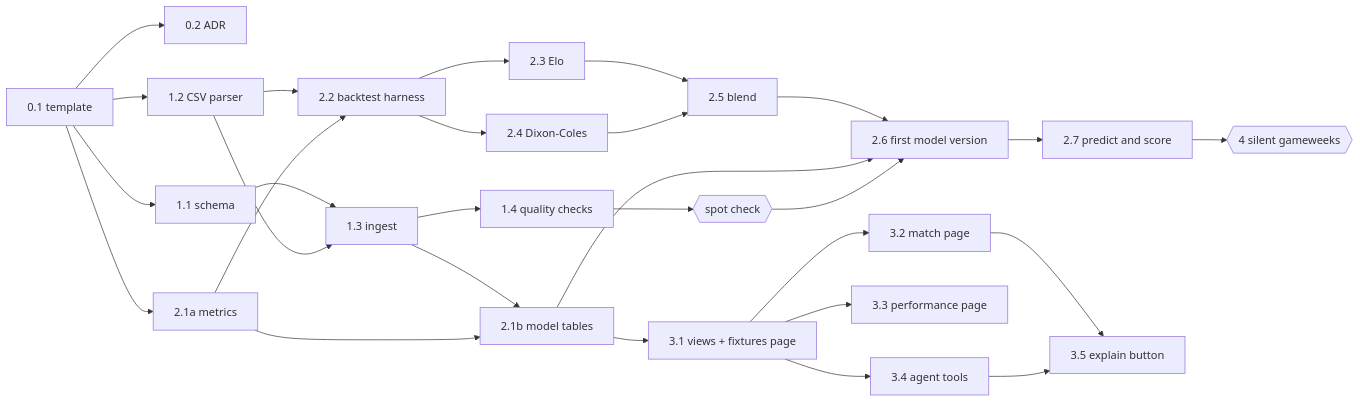
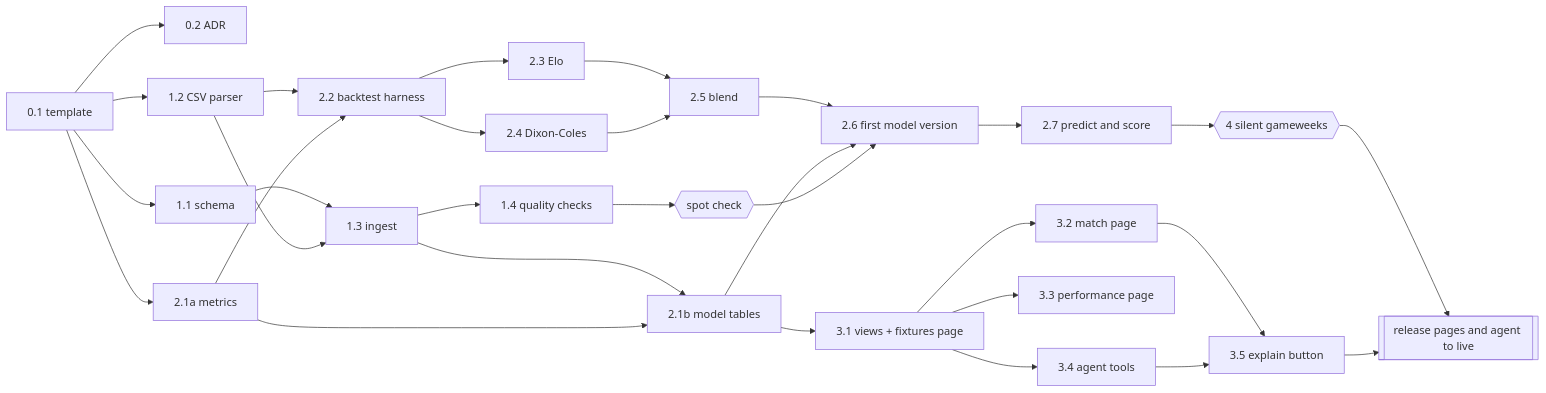
The diagram in docs/plans/2026-11-11-implementation-plan.md (kwahalf/ai-league-predictor), drawn with Mermaid before and after one commit. The commit also changed other lines of this file, not shown here.

First line of the commit message:
Gate the live release of pages and agent on the silent month

````diff
--- a/docs/plans/2026-11-11-implementation-plan.md
+++ b/docs/plans/2026-11-11-implementation-plan.md
@@ -194,30 +195,32 @@
 ```mermaid
 flowchart LR
   s01[0.1 template] --> s02[0.2 ADR]
   s01 --> s11[1.1 schema]
   s01 --> s12[1.2 CSV parser]
   s01 --> s21a[2.1a metrics]
   s11 --> s13[1.3 ingest]
   s12 --> s13
   s13 --> s14[1.4 quality checks]
   s14 --> spot{{spot check}}
   s13 --> s21b[2.1b model tables]
   s21a --> s21b
   s12 --> s22[2.2 backtest harness]
   s21a --> s22
   s22 --> s23[2.3 Elo]
   s22 --> s24[2.4 Dixon-Coles]
   s23 --> s25[2.5 blend]
   s24 --> s25
   s25 --> s26[2.6 first model version]
   s21b --> s26
   spot --> s26
   s26 --> s27[2.7 predict and score]
   s27 --> silent{{4 silent gameweeks}}
+  silent --> rel[[release pages and agent to live]]
+  s35 --> rel
   s21b --> s31[3.1 views + fixtures page]
   s31 --> s32[3.2 match page]
   s31 --> s33[3.3 performance page]
   s31 --> s34[3.4 agent tools]
   s32 --> s35[3.5 explain button]
   s34 --> s35
 ```
````
